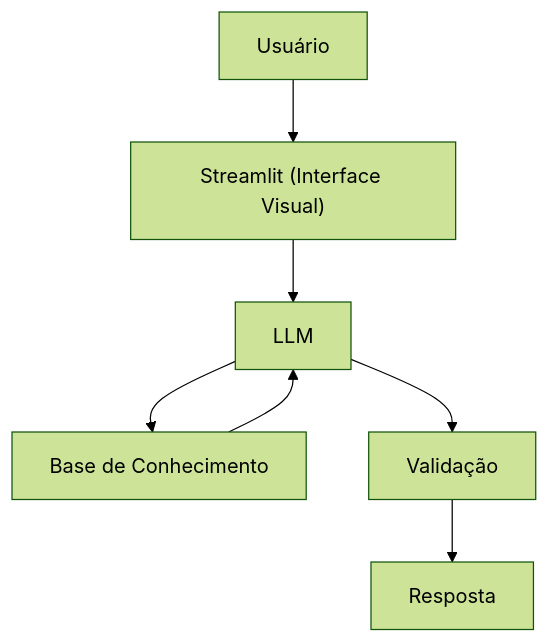
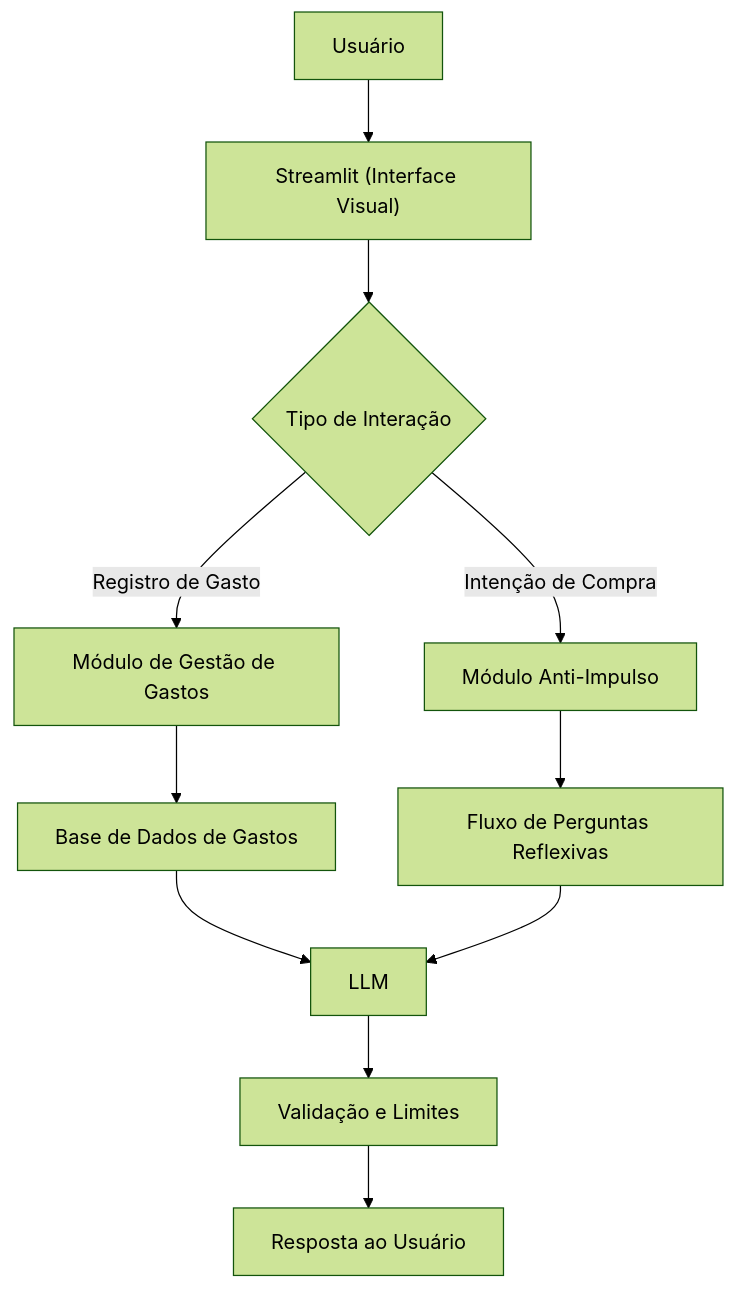
The diagram in 01-documentacao-agente.md (Leroww/Savi), drawn with Mermaid (forest theme) before and after one commit. The commit also changed other lines of this file, not shown here.

````diff
--- a/01-documentacao-agente.md
+++ b/01-documentacao-agente.md
@@ -49,9 +52,13 @@
 ```mermaid
 flowchart TD
     A[Usuário] --> B["Streamlit (Interface Visual)"]
-    B --> C[LLM]
-    C --> D[Base de Conhecimento]
-    D --> C
-    C --> E[Validação]
-    E --> F[Resposta]
+    B --> C{Tipo de Interação}
+    C -->|Registro de Gasto| D[Módulo de Gestão de Gastos]
+    C -->|Intenção de Compra| E[Módulo Anti-Impulso]
+    D --> F[Base de Dados de Gastos]
+    E --> G[Fluxo de Perguntas Reflexivas]
+    F --> H[LLM]
+    G --> H
+    H --> I[Validação e Limites]
+    I --> J[Resposta ao Usuário]
 ```
````
